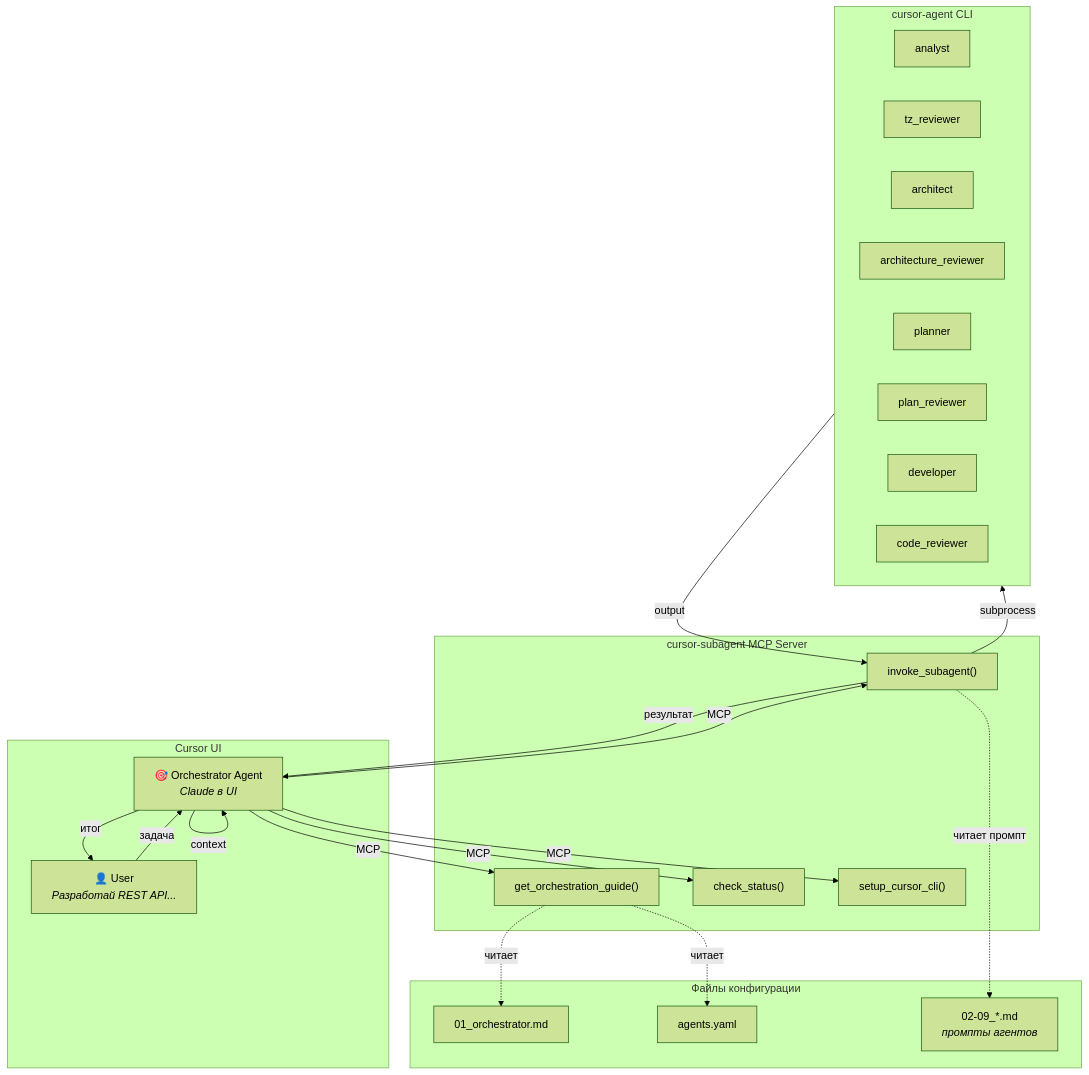
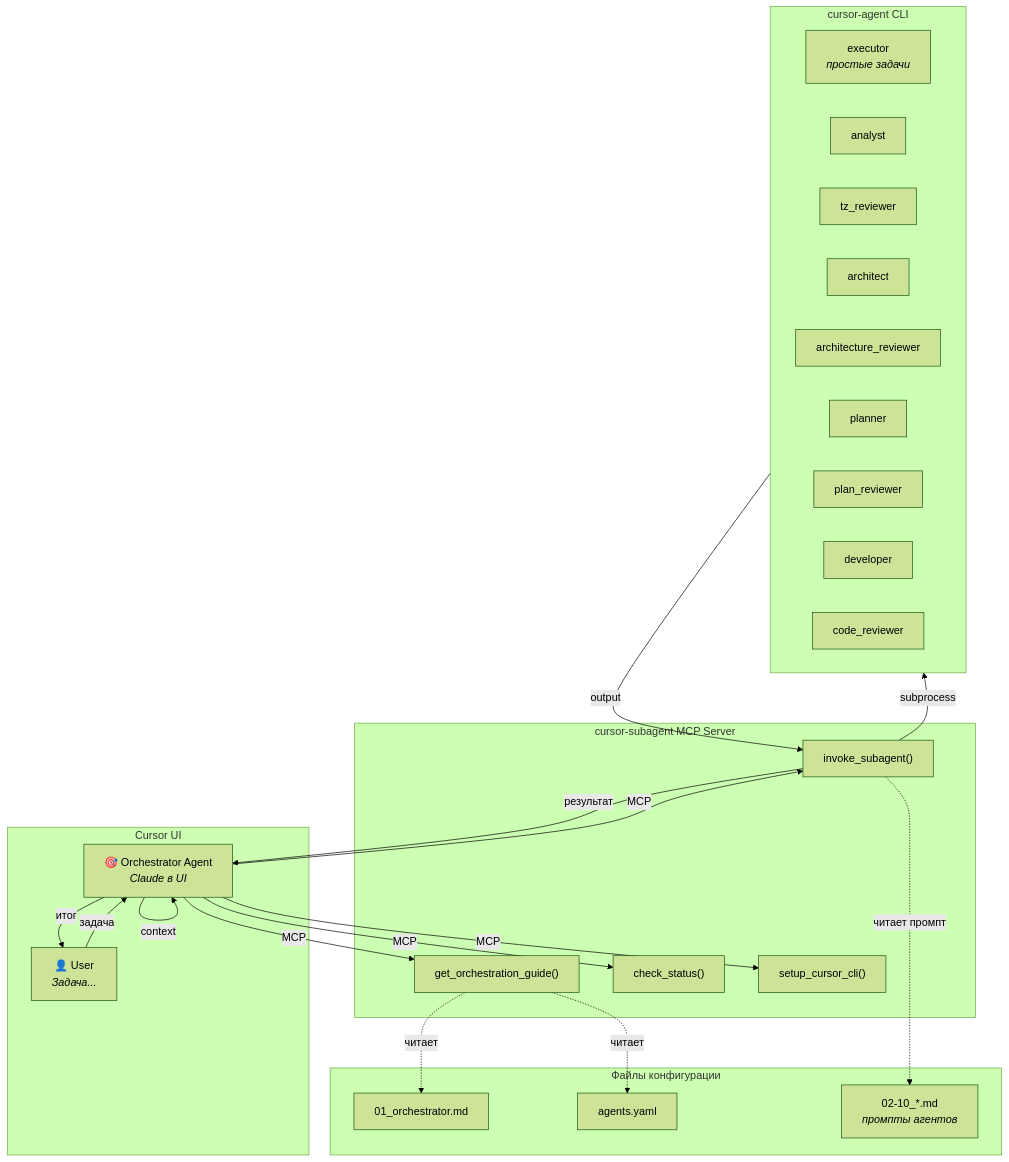
The first of 3 diagrams in README.md (madprofessor42/cursor-subagent-mcp), drawn with Mermaid (forest theme) before and after one commit. The commit also changed other lines of this file and 16 other files, not shown here.

````diff
--- a/README.md
+++ b/README.md
@@ -45,49 +45,50 @@
 ```mermaid
 flowchart TB
     subgraph CursorUI ["Cursor UI"]
-        User["👤 User<br/><i>Разработай REST API...</i>"]
+        User["👤 User<br/><i>Задача...</i>"]
         Orchestrator["🎯 Orchestrator Agent<br/><i>Claude в UI</i>"]
     end
     
     subgraph MCPServer ["cursor-subagent MCP Server"]
         GetGuide["get_orchestration_guide()"]
         InvokeSubagent["invoke_subagent()"]
         CheckStatus["check_status()"]
         SetupCLI["setup_cursor_cli()"]
     end
     
     subgraph Files ["Файлы конфигурации"]
         OrchestratorMD["01_orchestrator.md"]
         AgentsYAML["agents.yaml"]
-        PromptFiles["02-09_*.md<br/><i>промпты агентов</i>"]
+        PromptFiles["02-10_*.md<br/><i>промпты агентов</i>"]
     end
     
     subgraph CLI ["cursor-agent CLI"]
+        Executor["executor<br/><i>простые задачи</i>"]
         Analyst["analyst"]
         TZReviewer["tz_reviewer"]
         Architect["architect"]
         ArchReviewer["architecture_reviewer"]
         Planner["planner"]
         PlanReviewer["plan_reviewer"]
         Developer["developer"]
         CodeReviewer["code_reviewer"]
     end
 
     User -->|"задача"| Orchestrator
     
     Orchestrator -->|"MCP"| GetGuide
     Orchestrator -->|"MCP"| InvokeSubagent
     Orchestrator -->|"MCP"| CheckStatus
     Orchestrator -->|"MCP"| SetupCLI
     
     GetGuide -.->|"читает"| OrchestratorMD
     GetGuide -.->|"читает"| AgentsYAML
     
     InvokeSubagent -.->|"читает промпт"| PromptFiles
     InvokeSubagent -->|"subprocess"| CLI
     
     CLI -->|"output"| InvokeSubagent
     InvokeSubagent -->|"результат"| Orchestrator
     Orchestrator -->|"context"| Orchestrator
     Orchestrator -->|"итог"| User
 ```
````
